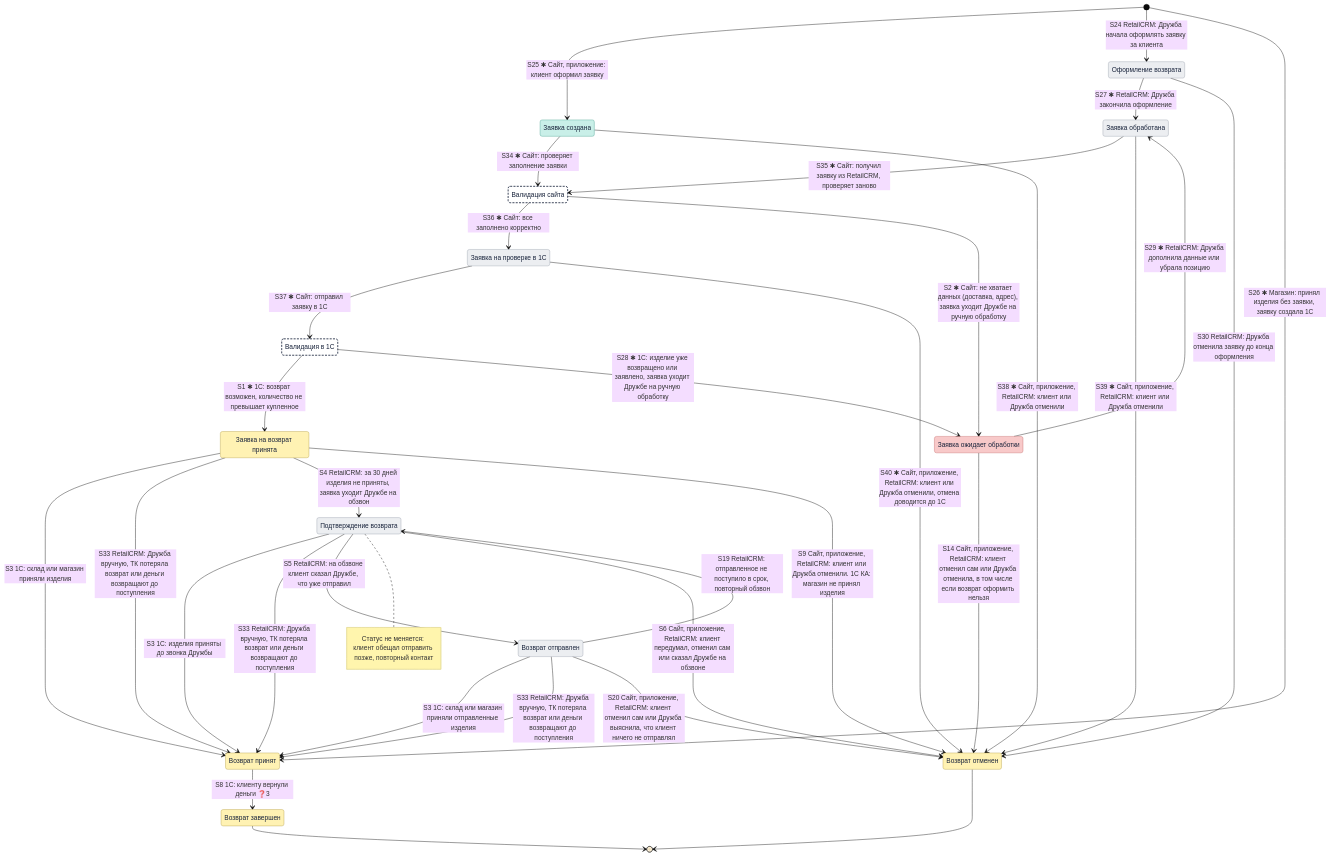
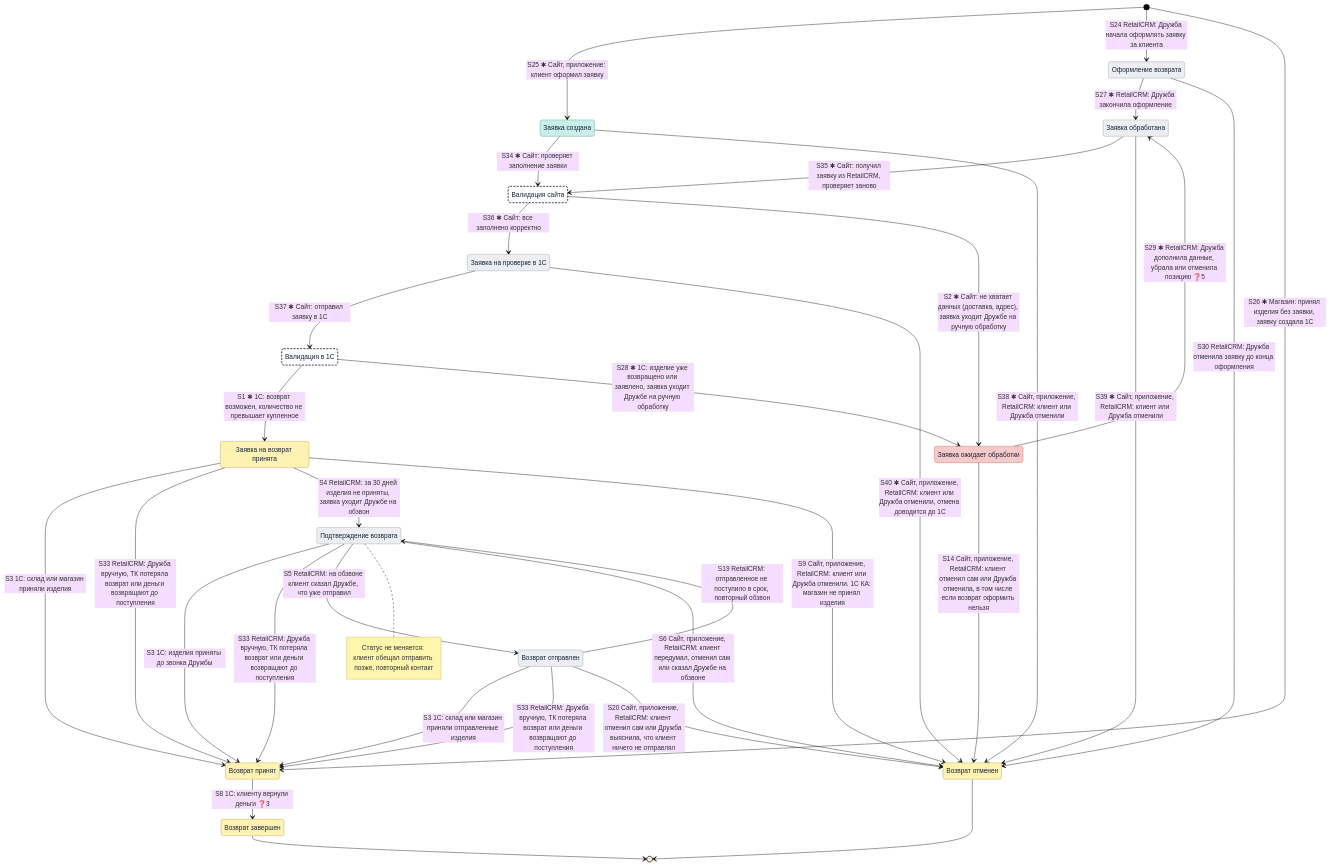
One commit to Terinss155/opencode-agents-analysis changed the first of 3 diagrams in projects/returns-2.0/requirements/diagrams/state/return-status-v4_state.md. Above: the diagram before and after it, drawn with Mermaid (base theme). The commit also changed other lines of this file and 4 other files, not shown here.

````diff
--- a/projects/returns-2.0/requirements/diagrams/state/return-status-v4_state.md
+++ b/projects/returns-2.0/requirements/diagrams/state/return-status-v4_state.md
@@ -59,65 +59,65 @@
 ```mermaid
 stateDiagram-v2
     direction TB
 
     state "Оформление возврата" as Draft
     state "Заявка создана" as Created
     state "Заявка обработана" as Processed
     state "Валидация сайта" as SiteCheck
     state "Заявка на проверке в 1С" as SiteValid
     state "Валидация в 1С" as OneCCheck
     state "Заявка ожидает обработки" as Pending
     state "Заявка на возврат принята" as Accepted
     state "Подтверждение возврата" as Confirm
     state "Возврат отправлен" as Sent
     state "Возврат принят" as Received
     state "Возврат завершен" as Completed
     state "Возврат отменен" as Cancelled
 
     [*] --> Created : S25 ✱ Сайт, приложение: клиент оформил заявку
     [*] --> Draft : S24 RetailCRM: Дружба начала оформлять заявку за клиента
     [*] --> Received : S26 ✱ Магазин: принял изделия без заявки, заявку создала 1С
     Draft --> Processed : S27 ✱ RetailCRM: Дружба закончила оформление
     Created --> SiteCheck : S34 ✱ Сайт: проверяет заполнение заявки
     Processed --> SiteCheck : S35 ✱ Сайт: получил заявку из RetailCRM, проверяет заново
     SiteCheck --> SiteValid : S36 ✱ Сайт: все заполнено корректно
     SiteCheck --> Pending : S2 ✱ Сайт: не хватает данных (доставка, адрес), заявка уходит Дружбе на ручную обработку
     SiteValid --> OneCCheck : S37 ✱ Сайт: отправил заявку в 1С
     OneCCheck --> Accepted : S1 ✱ 1С: возврат возможен, количество не превышает купленное
     OneCCheck --> Pending : S28 ✱ 1С: изделие уже возвращено или заявлено, заявка уходит Дружбе на ручную обработку
-    Pending --> Processed : S29 ✱ RetailCRM: Дружба дополнила данные или убрала позицию
+    Pending --> Processed : S29 ✱ RetailCRM: Дружба дополнила данные, убрала или отменила позицию ❓5
     Accepted --> Received : S3 1С: склад или магазин приняли изделия
     Accepted --> Received : S33 RetailCRM: Дружба вручную, ТК потеряла возврат или деньги возвращают до поступления
     Accepted --> Confirm : S4 RetailCRM: за 30 дней изделия не приняты, заявка уходит Дружбе на обзвон
     Confirm --> Received : S3 1С: изделия приняты до звонка Дружбы
     Confirm --> Received : S33 RetailCRM: Дружба вручную, ТК потеряла возврат или деньги возвращают до поступления
     Confirm --> Sent : S5 RetailCRM: на обзвоне клиент сказал Дружбе, что уже отправил
     note right of Confirm
         Статус не меняется: клиент обещал отправить позже, повторный контакт
     end note
     Sent --> Confirm : S19 RetailCRM: отправленное не поступило в срок, повторный обзвон
     Sent --> Received : S3 1С: склад или магазин приняли отправленные изделия
     Sent --> Received : S33 RetailCRM: Дружба вручную, ТК потеряла возврат или деньги возвращают до поступления
     Received --> Completed : S8 1С: клиенту вернули деньги ❓3
     Draft --> Cancelled : S30 RetailCRM: Дружба отменила заявку до конца оформления
     Created --> Cancelled : S38 ✱ Сайт, приложение, RetailCRM: клиент или Дружба отменили
     Processed --> Cancelled : S39 ✱ Сайт, приложение, RetailCRM: клиент или Дружба отменили
     SiteValid --> Cancelled : S40 ✱ Сайт, приложение, RetailCRM: клиент или Дружба отменили, отмена доводится до 1С
     Pending --> Cancelled : S14 Сайт, приложение, RetailCRM: клиент отменил сам или Дружба отменила, в том числе если возврат оформить нельзя
     Accepted --> Cancelled : S9 Сайт, приложение, RetailCRM: клиент или Дружба отменили. 1С КА: магазин не принял изделия
     Confirm --> Cancelled : S6 Сайт, приложение, RetailCRM: клиент передумал, отменил сам или сказал Дружбе на обзвоне
     Sent --> Cancelled : S20 Сайт, приложение, RetailCRM: клиент отменил сам или Дружба выяснила, что клиент ничего не отправлял
     Completed --> [*]
     Cancelled --> [*]
 
     classDef both fill:#fff2b3,stroke:#b8a24a,color:#17223a
     classDef first fill:#c9efe8,stroke:#4aa392,color:#17223a
     classDef internal fill:#eceef1,stroke:#9aa1ad,color:#17223a
     classDef error fill:#f8c9c9,stroke:#c66b6b,color:#17223a
     classDef check fill:#ffffff,stroke:#17223a,stroke-width:2px,stroke-dasharray:5 3,color:#17223a
     class Created first
     class Pending error
     class Accepted,Received,Completed,Cancelled both
     class Draft,Processed,SiteValid,Confirm,Sent internal
     class SiteCheck,OneCCheck check
 ```
````
